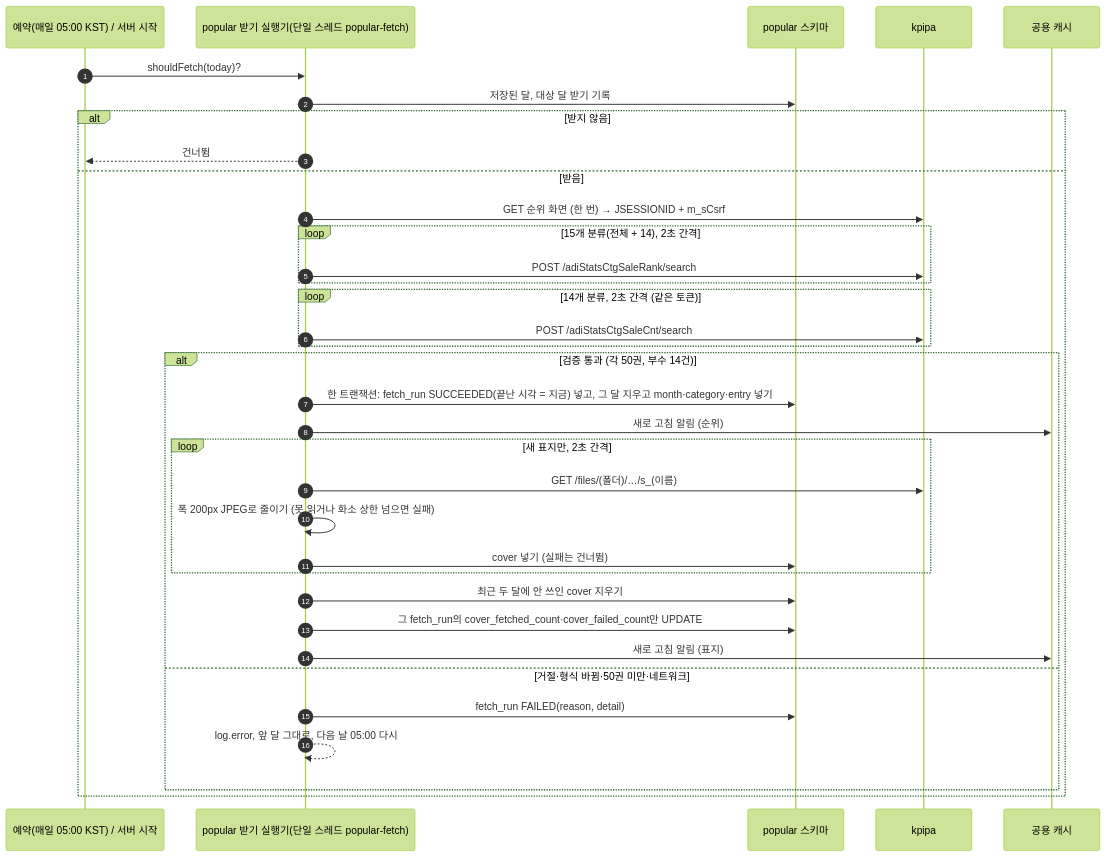
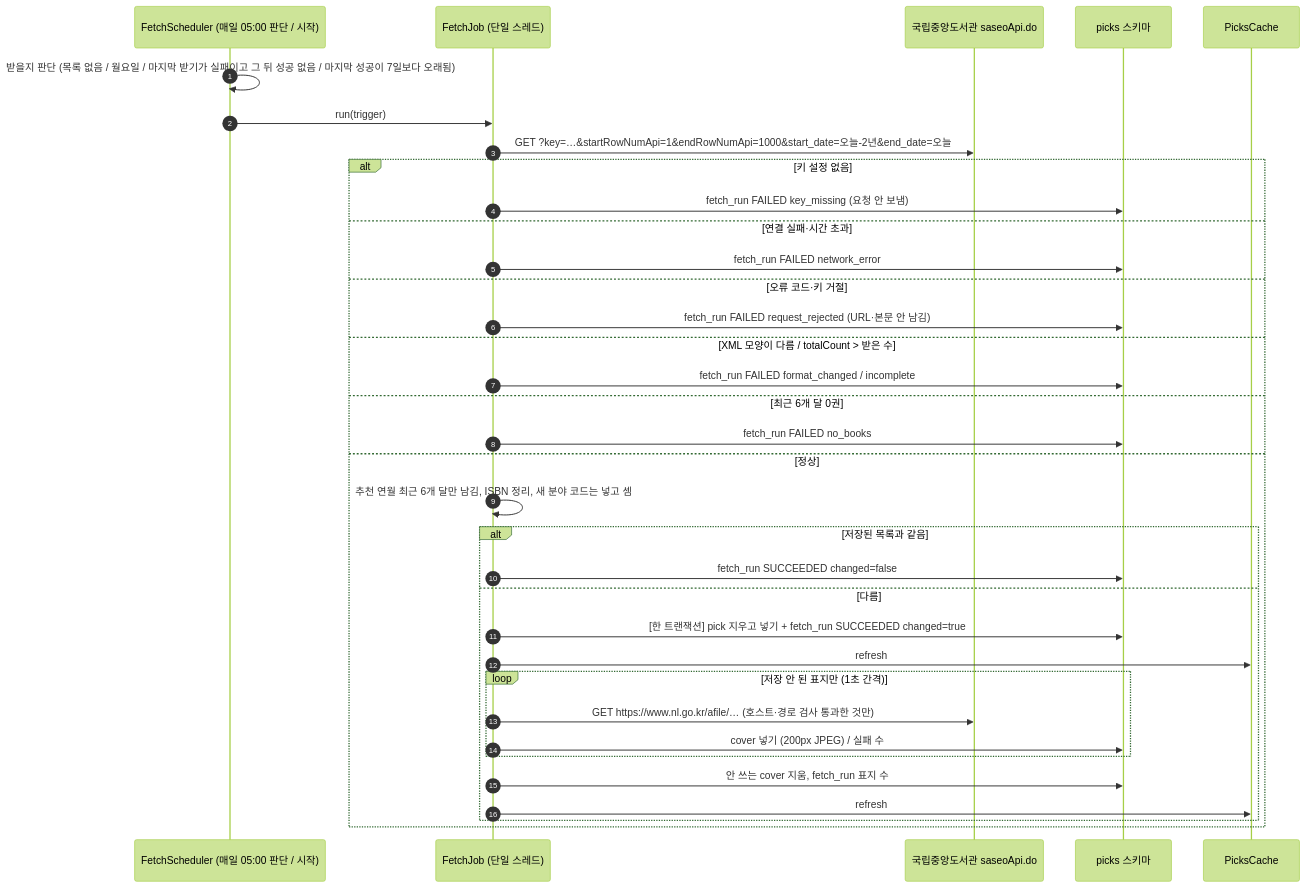
One commit to hodu-sketch/chaekcheck-plan changed diagram 27 of 37 in docs/current/flows.md. Above: the diagram before and after it, drawn with Mermaid (forest theme). The commit also changed other lines of this file and 26 other files, not shown here.

First line of the commit message:
cycle 14: popular books → librarian picks (NLK Open API), handed off ahead

````diff
--- a/docs/current/flows.md
+++ b/docs/current/flows.md
@@ -798,37 +799,37 @@
 ```mermaid
 sequenceDiagram
   autonumber
-  participant T as 예약(매일 05:00 KST) / 서버 시작
-  participant J as popular 받기 실행기(단일 스레드 popular-fetch)
-  participant DB as popular 스키마
-  participant K as kpipa
-  participant C as 공용 캐시
-  T->>J: shouldFetch(today)?
-  J->>DB: 저장된 달, 대상 달 받기 기록
-  alt 받지 않음
-    J-->>T: 건너뜀
-  else 받음
-    J->>K: GET 순위 화면 (한 번) → JSESSIONID + m_sCsrf
-    loop 15개 분류(전체 + 14), 2초 간격
-      J->>K: POST /adiStatsCtgSaleRank/search
-    end
-    loop 14개 분류, 2초 간격 (같은 토큰)
-      J->>K: POST /adiStatsCtgSaleCnt/search
-    end
-    alt 검증 통과 (각 50권, 부수 14건)
-      J->>DB: 한 트랜잭션: fetch_run SUCCEEDED(끝난 시각 = 지금) 넣고, 그 달 지우고 month·category·entry 넣기
-      J->>C: 새로 고침 알림 (순위)
-      loop 새 표지만, 2초 간격
-        J->>K: GET /files/(폴더)/…/s_(이름)
-        J->>J: 폭 200px JPEG로 줄이기 (못 읽거나 화소 상한 넘으면 실패)
-        J->>DB: cover 넣기 (실패는 건너뜀)
+  participant S as FetchScheduler (매일 05:00 판단 / 시작)
+  participant J as FetchJob (단일 스레드)
+  participant N as 국립중앙도서관 saseoApi.do
+  participant DB as picks 스키마
+  participant C as PicksCache
+  S->>S: 받을지 판단 (목록 없음 / 월요일 / 마지막 받기가 실패이고 그 뒤 성공 없음 / 마지막 성공이 7일보다 오래됨)
+  S->>J: run(trigger)
+  J->>N: GET ?key=…&startRowNumApi=1&endRowNumApi=1000&start_date=오늘-2년&end_date=오늘
+  alt 키 설정 없음
+    J->>DB: fetch_run FAILED key_missing (요청 안 보냄)
+  else 연결 실패·시간 초과
+    J->>DB: fetch_run FAILED network_error
+  else 오류 코드·키 거절
+    J->>DB: fetch_run FAILED request_rejected (URL·본문 안 남김)
+  else XML 모양이 다름 / totalCount > 받은 수
+    J->>DB: fetch_run FAILED format_changed / incomplete
+  else 최근 6개 달 0권
+    J->>DB: fetch_run FAILED no_books
+  else 정상
+    J->>J: 추천 연월 최근 6개 달만 남김, ISBN 정리, 새 분야 코드는 넣고 셈
+    alt 저장된 목록과 같음
+      J->>DB: fetch_run SUCCEEDED changed=false
+    else 다름
+      J->>DB: [한 트랜잭션] pick 지우고 넣기 + fetch_run SUCCEEDED changed=true
+      J->>C: refresh
+      loop 저장 안 된 표지만 (1초 간격)
+        J->>N: GET https://www.nl.go.kr/afile/… (호스트·경로 검사 통과한 것만)
+        J->>DB: cover 넣기 (200px JPEG) / 실패 수
       end
-      J->>DB: 최근 두 달에 안 쓰인 cover 지우기
-      J->>DB: 그 fetch_run의 cover_fetched_count·cover_failed_count만 UPDATE
-      J->>C: 새로 고침 알림 (표지)
-    else 거절·형식 바뀜·50권 미만·네트워크
-      J->>DB: fetch_run FAILED(reason, detail)
-      J-->>J: log.error, 앞 달 그대로, 다음 날 05:00 다시
+      J->>DB: 안 쓰는 cover 지움, fetch_run 표지 수
+      J->>C: refresh
     end
   end
 ```
````
